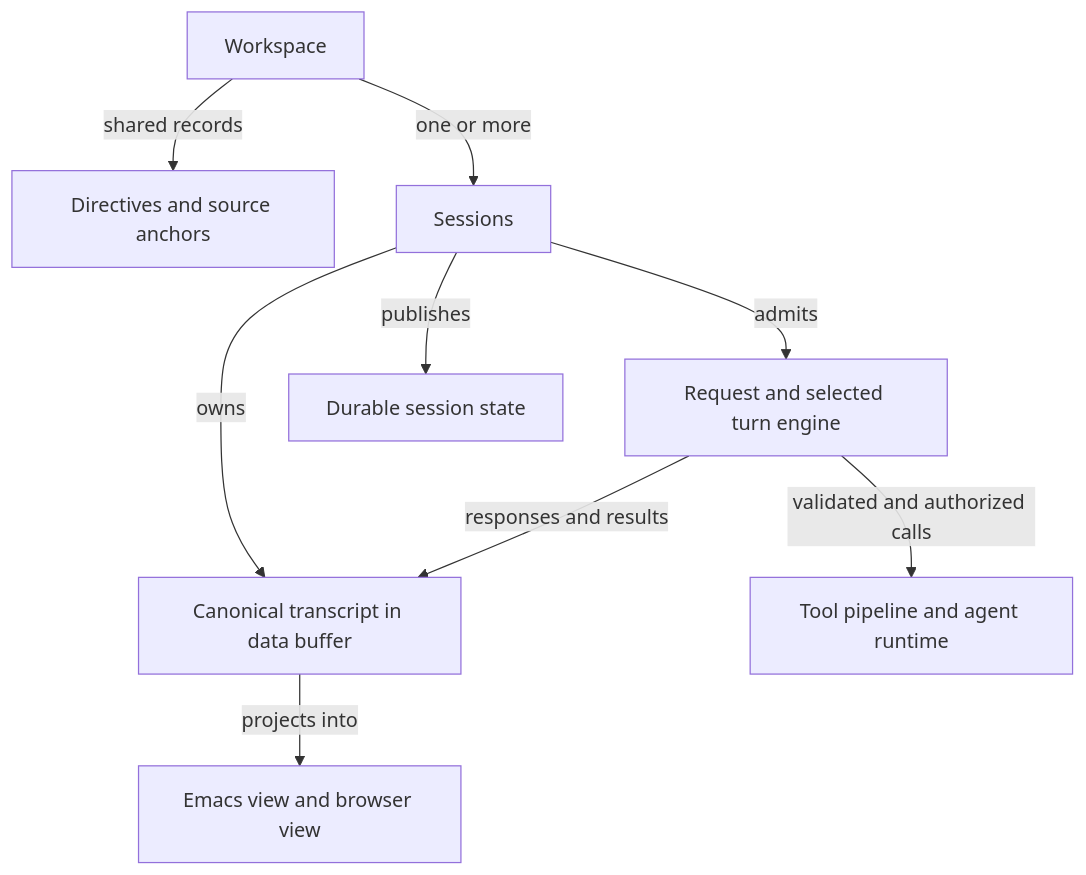
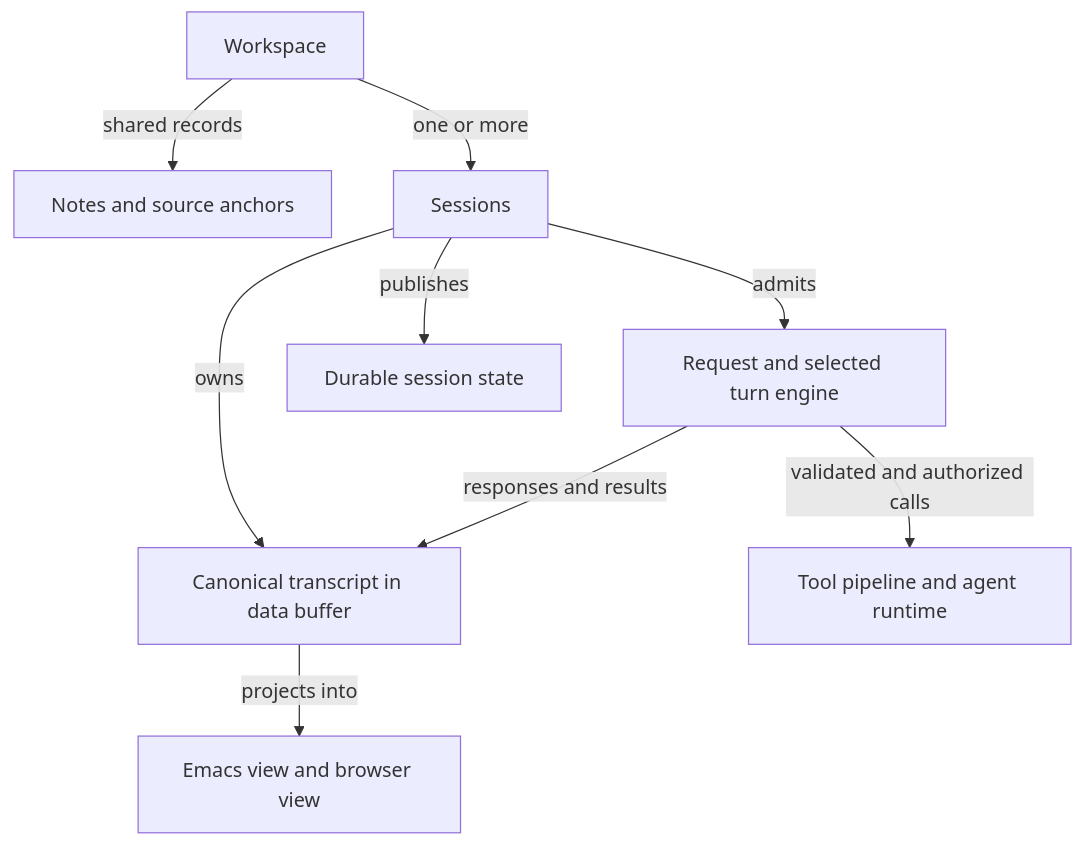
One commit to FrauH0lle/mevedel changed the diagram in docs/architecture.md. Above: the diagram before and after it, drawn with Mermaid. The commit also changed other lines of this file and 26 other files, not shown here.

````diff
--- a/docs/architecture.md
+++ b/docs/architecture.md
@@ -7,11 +7,11 @@
 ```mermaid
 flowchart TD
-    W[Workspace] -->|shared records| D[Directives and source anchors]
+    W[Workspace] -->|shared records| D[Notes and source anchors]
     W -->|one or more| S[Sessions]
     S -->|owns| T[Canonical transcript in data buffer]
     S -->|admits| R[Request and selected turn engine]
     R -->|validated and authorized calls| X[Tool pipeline and agent runtime]
     R -->|responses and results| T
     T -->|projects into| V[Emacs view and browser view]
     S -->|publishes| P[Durable session state]
 ```
````
